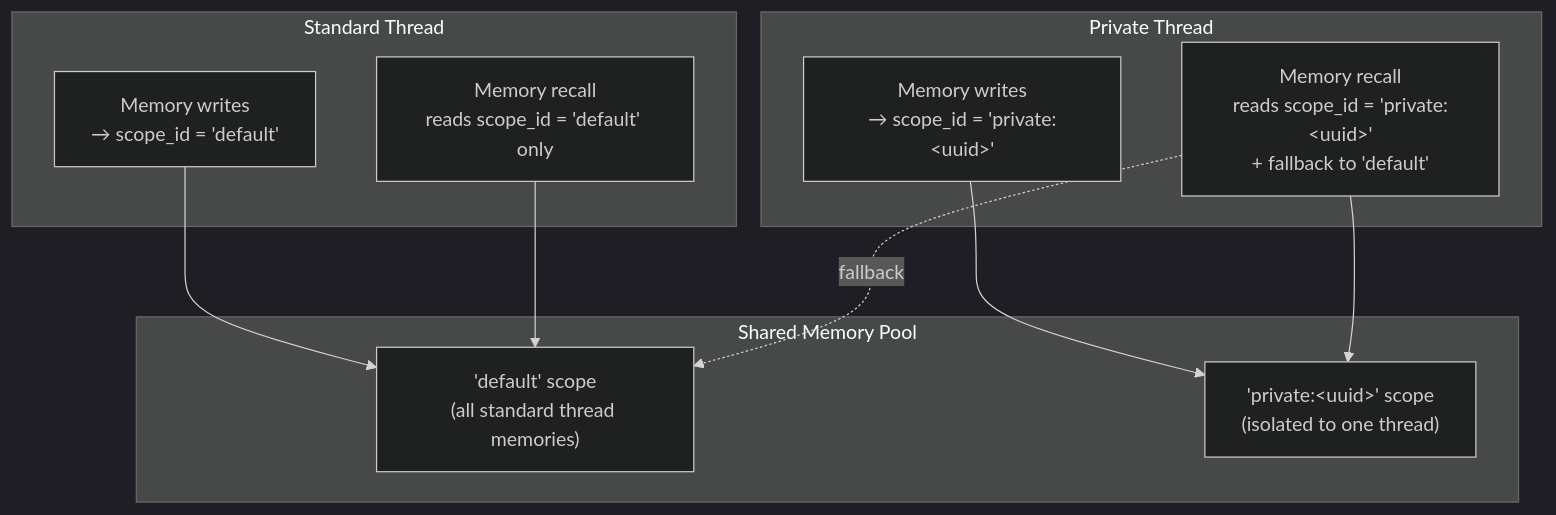
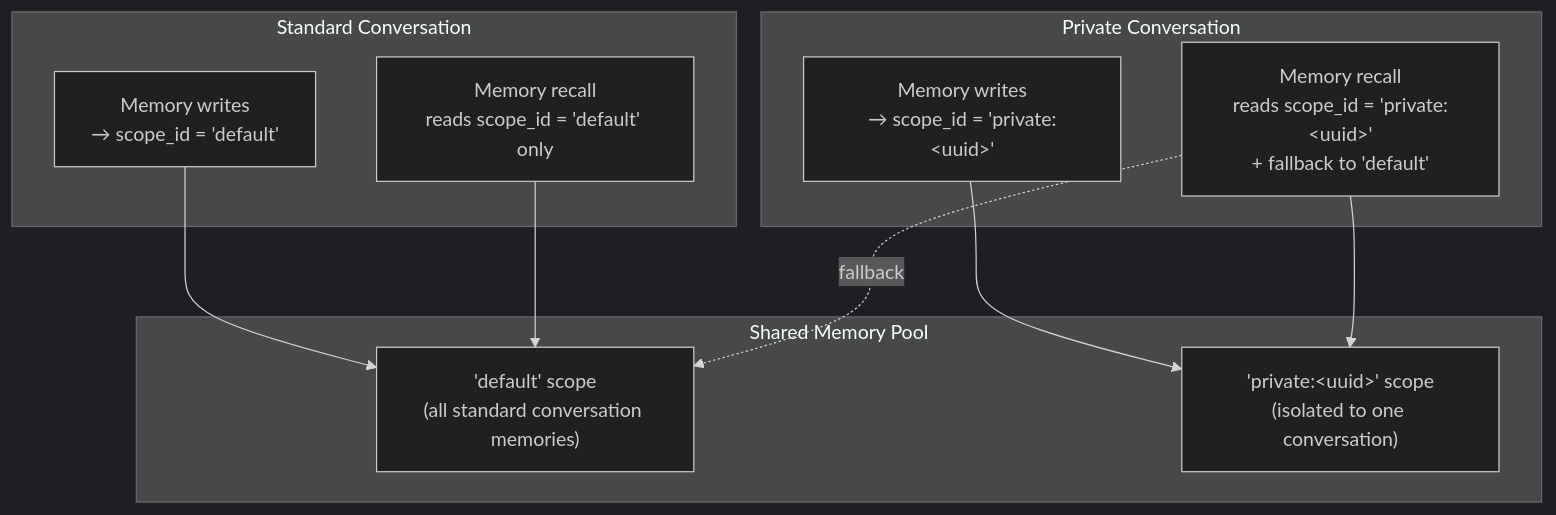
The third of 7 diagrams in assistant/docs/architecture/memory.md (vellum-ai/vellum-assistant), drawn with Mermaid (dark theme) before and after one commit. The commit also changed other lines of this file and 6 other files, not shown here.

Commit message:
fix: sweep stale thread terminology in ARCHITECTURE.md and docs

````diff
--- a/assistant/docs/architecture/memory.md
+++ b/assistant/docs/architecture/memory.md
@@ -328,23 +328,23 @@
 ```mermaid
 graph TB
-    subgraph "Standard Thread"
+    subgraph "Standard Conversation"
         STD_WRITE["Memory writes<br/>→ scope_id = 'default'"]
         STD_READ["Memory recall<br/>reads scope_id = 'default' only"]
     end
 
-    subgraph "Private Thread"
+    subgraph "Private Conversation"
         PVT_WRITE["Memory writes<br/>→ scope_id = 'private:&lt;uuid&gt;'"]
         PVT_READ["Memory recall<br/>reads scope_id = 'private:&lt;uuid&gt;'<br/>+ fallback to 'default'"]
     end
 
     subgraph "Shared Memory Pool"
-        DEFAULT_SCOPE["'default' scope<br/>(all standard thread memories)"]
-        PRIVATE_SCOPE["'private:&lt;uuid&gt;' scope<br/>(isolated to one thread)"]
+        DEFAULT_SCOPE["'default' scope<br/>(all standard conversation memories)"]
+        PRIVATE_SCOPE["'private:&lt;uuid&gt;' scope<br/>(isolated to one conversation)"]
     end
 
     STD_WRITE --> DEFAULT_SCOPE
     STD_READ --> DEFAULT_SCOPE
     PVT_WRITE --> PRIVATE_SCOPE
     PVT_READ --> PRIVATE_SCOPE
     PVT_READ -.->|"fallback"| DEFAULT_SCOPE
 ```
````
